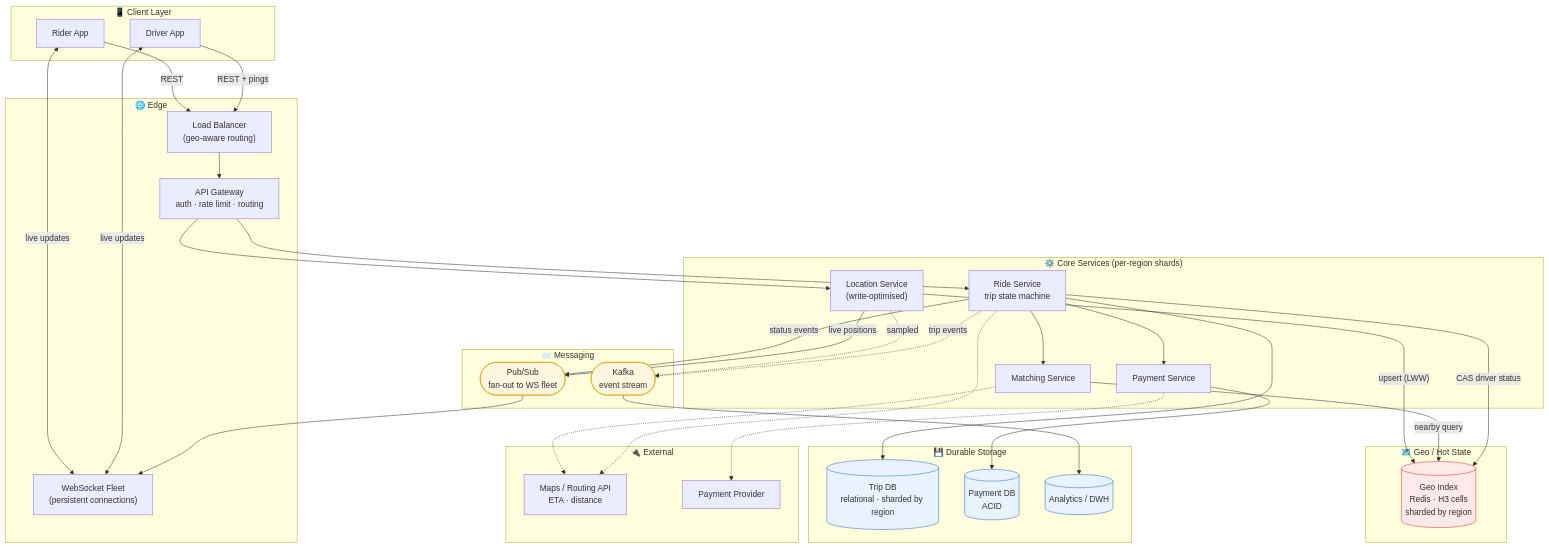
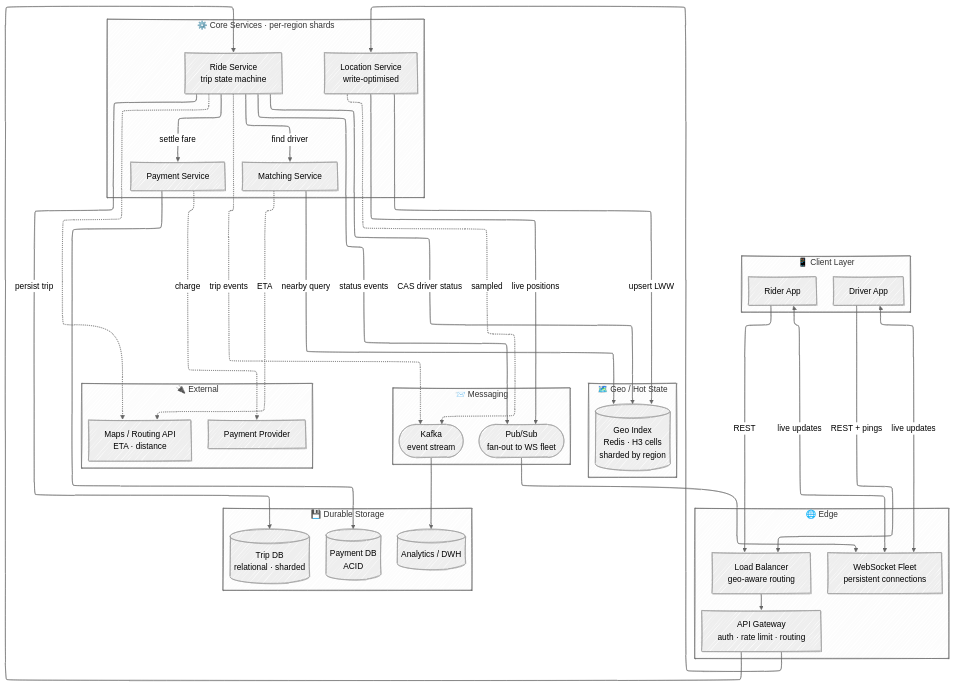
Before and after one commit to mhayk/system-design: the diagram in designs/01-uber/diagrams/architecture.md, drawn with Mermaid. The commit also changed 3 other files, not shown here.

Commit message:
Adopt hand-drawn + ELK Mermaid style as house standard

````diff
--- a/designs/01-uber/diagrams/architecture.md
+++ b/designs/01-uber/diagrams/architecture.md
@@ -5,76 +5,75 @@
 ```mermaid
-graph TB
-    subgraph CLIENT["📱 Client Layer"]
-        RA["Rider App"]
-        DA["Driver App"]
+---
+config:
+  look: handDrawn
+  layout: elk
+  theme: neutral
+---
+flowchart TB
+    subgraph CLIENT[📱 Client Layer]
+        RA[Rider App]
+        DA[Driver App]
     end
 
-    subgraph EDGE["🌐 Edge"]
-        LB["Load Balancer<br/>(geo-aware routing)"]
-        GW["API Gateway<br/>auth · rate limit · routing"]
-        WS["WebSocket Fleet<br/>(persistent connections)"]
+    subgraph EDGE[🌐 Edge]
+        LB[Load Balancer<br/>geo-aware routing]
+        GW[API Gateway<br/>auth · rate limit · routing]
+        WS[WebSocket Fleet<br/>persistent connections]
     end
 
     RA -->|REST| LB
     DA -->|REST + pings| LB
     RA <-->|live updates| WS
     DA <-->|live updates| WS
     LB --> GW
 
-    subgraph CORE["⚙️ Core Services (per-region shards)"]
-        RS["Ride Service<br/>trip state machine"]
-        MS["Matching Service"]
-        LS["Location Service<br/>(write-optimised)"]
-        PAY["Payment Service"]
+    subgraph CORE[⚙️ Core Services · per-region shards]
+        RS[Ride Service<br/>trip state machine]
+        MS[Matching Service]
+        LS[Location Service<br/>write-optimised]
+        PAY[Payment Service]
     end
 
     GW --> RS
     GW --> LS
-    RS --> MS
+    RS -->|find driver| MS
 
-    subgraph GEOSTORE["🗺️ Geo / Hot State"]
-        GEO[("Geo Index<br/>Redis · H3 cells<br/>sharded by region")]
+    subgraph GEOSTORE[🗺️ Geo / Hot State]
+        GEO[(Geo Index<br/>Redis · H3 cells<br/>sharded by region)]
     end
 
-    LS -->|"upsert (LWW)"| GEO
-    MS -->|"nearby query"| GEO
-    RS -->|"CAS driver status"| GEO
+    LS -->|upsert LWW| GEO
+    MS -->|nearby query| GEO
+    RS -->|CAS driver status| GEO
 
-    subgraph MSG["📨 Messaging"]
-        PUBSUB(["Pub/Sub<br/>fan-out to WS fleet"])
-        KAFKA(["Kafka<br/>event stream"])
+    subgraph MSG[📨 Messaging]
+        PUBSUB([Pub/Sub<br/>fan-out to WS fleet])
+        KAFKA([Kafka<br/>event stream])
     end
 
     RS -->|status events| PUBSUB
     LS -->|live positions| PUBSUB
     PUBSUB --> WS
     LS -.->|sampled| KAFKA
     RS -.->|trip events| KAFKA
 
-    subgraph DATA["💾 Durable Storage"]
-        TRIPDB[("Trip DB<br/>relational · sharded by region")]
-        PAYDB[("Payment DB<br/>ACID")]
-        DWH[("Analytics / DWH")]
+    subgraph DATA[💾 Durable Storage]
+        TRIPDB[(Trip DB<br/>relational · sharded)]
+        PAYDB[(Payment DB<br/>ACID)]
+        DWH[(Analytics / DWH)]
     end
 
-    RS --> TRIPDB
+    RS -->|persist trip| TRIPDB
+    RS -->|settle fare| PAY
     PAY --> PAYDB
-    RS --> PAY
     KAFKA --> DWH
 
-    subgraph EXT["🔌 External"]
-        MAPS["Maps / Routing API<br/>ETA · distance"]
-        PSP["Payment Provider"]
+    subgraph EXT[🔌 External]
+        MAPS[Maps / Routing API<br/>ETA · distance]
+        PSP[Payment Provider]
     end
 
-    MS -.-> MAPS
+    MS -.->|ETA| MAPS
     RS -.-> MAPS
-    PAY -.-> PSP
-
-    classDef hot fill:#ffe9e9,stroke:#d33;
-    classDef durable fill:#e9f3ff,stroke:#36c;
-    classDef msg fill:#fff6e0,stroke:#e0a000;
-    class GEO hot;
-    class TRIPDB,PAYDB,DWH durable;
-    class PUBSUB,KAFKA msg;
+    PAY -.->|charge| PSP
 ```
````
